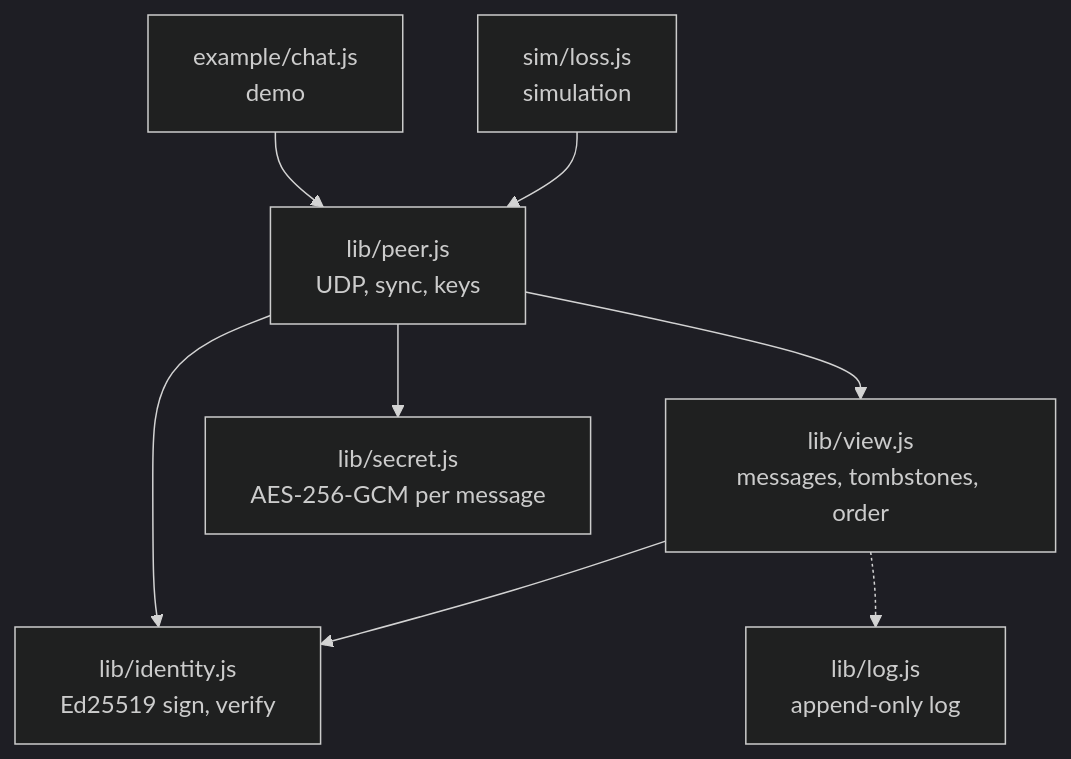
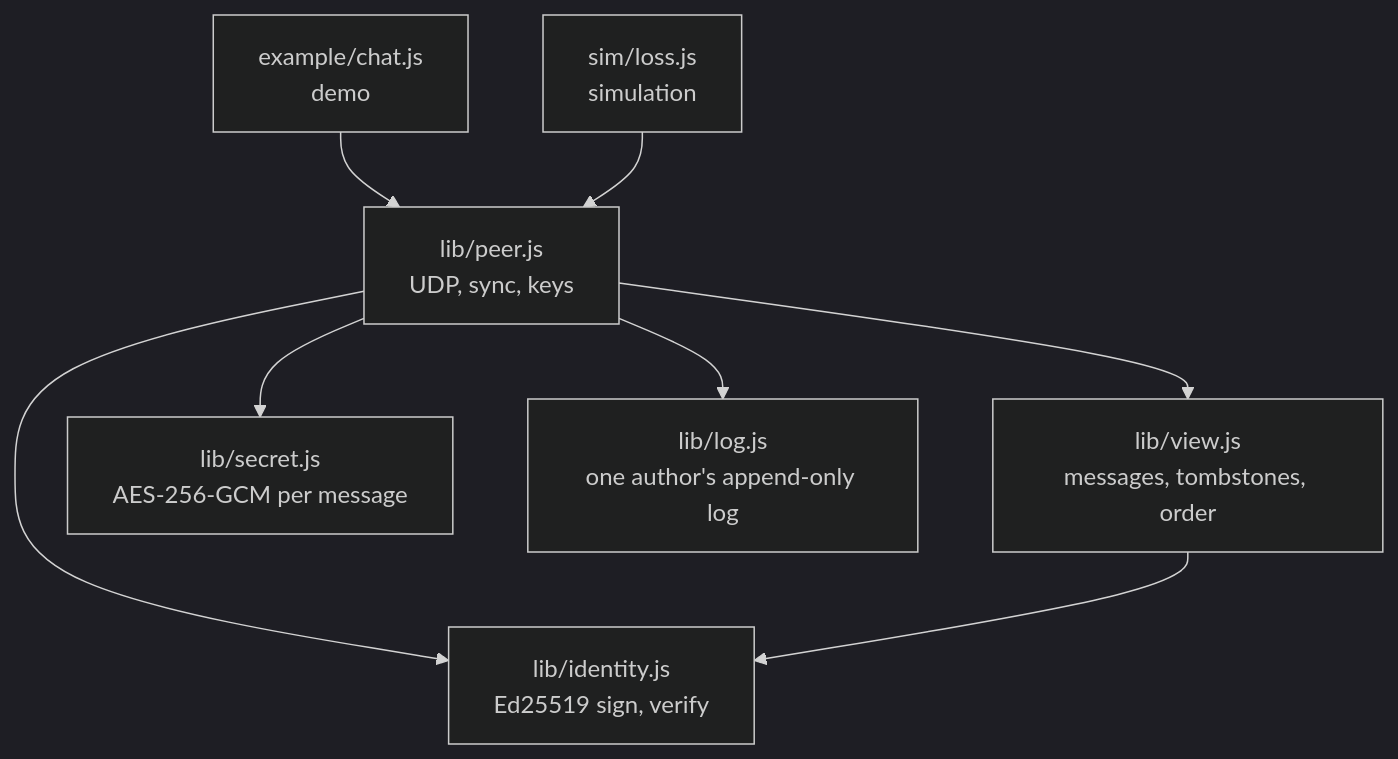
The third of 3 diagrams in README.md (DanielNeris/tombstone), drawn with Mermaid (dark theme) before and after one commit. The commit also changed other lines of this file, not shown here.

````diff
--- a/README.md
+++ b/README.md
@@ -96,10 +96,10 @@
 ```mermaid
 flowchart TB
     DEMO["example/chat.js<br/>demo"] --> PEER
     SIM["sim/loss.js<br/>simulation"] --> PEER
     PEER["lib/peer.js<br/>UDP, sync, keys"] --> VIEW["lib/view.js<br/>messages, tombstones, order"]
     PEER --> SECRET["lib/secret.js<br/>AES-256-GCM per message"]
     PEER --> ID["lib/identity.js<br/>Ed25519 sign, verify"]
+    PEER --> LOG["lib/log.js<br/>one author's append-only log"]
     VIEW --> ID
-    VIEW -.-> LOG["lib/log.js<br/>append-only log"]
 ```
````
